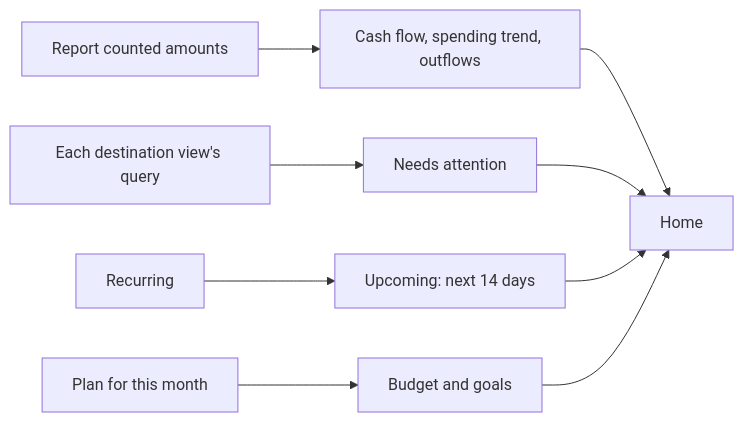
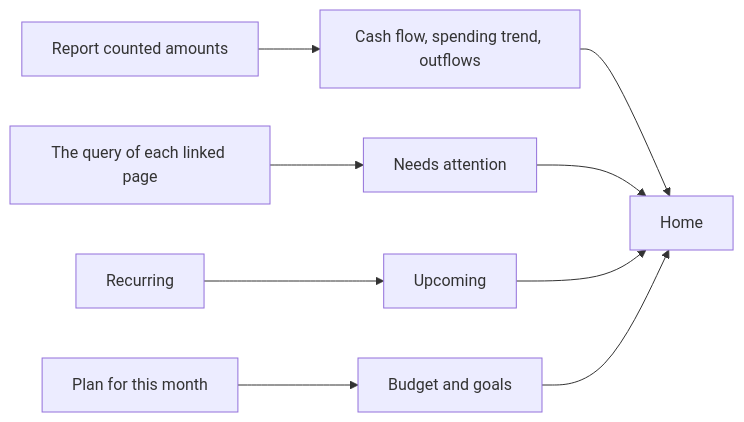
One commit to spinningyoyo/omsync changed the first of 2 diagrams in docs/architecture/dashboard.md. Above: the diagram before and after it, drawn with Mermaid. The commit also changed other lines of this file and 337 other files, not shown here.

````diff
--- a/docs/architecture/dashboard.md
+++ b/docs/architecture/dashboard.md
@@ -10,11 +10,11 @@
 ```mermaid
 flowchart LR
     Counted[Report counted amounts] --> Period[Cash flow, spending trend, outflows]
-    Views[Each destination view's query] --> Attention[Needs attention]
-    Recurring --> Upcoming[Upcoming: next 14 days]
+    Views[The query of each linked page] --> Attention[Needs attention]
+    Recurring --> Upcoming[Upcoming]
     Plan[Plan for this month] --> Cards[Budget and goals]
     Period --> Home
     Attention --> Home
     Upcoming --> Home
     Cards --> Home
 ```
````
